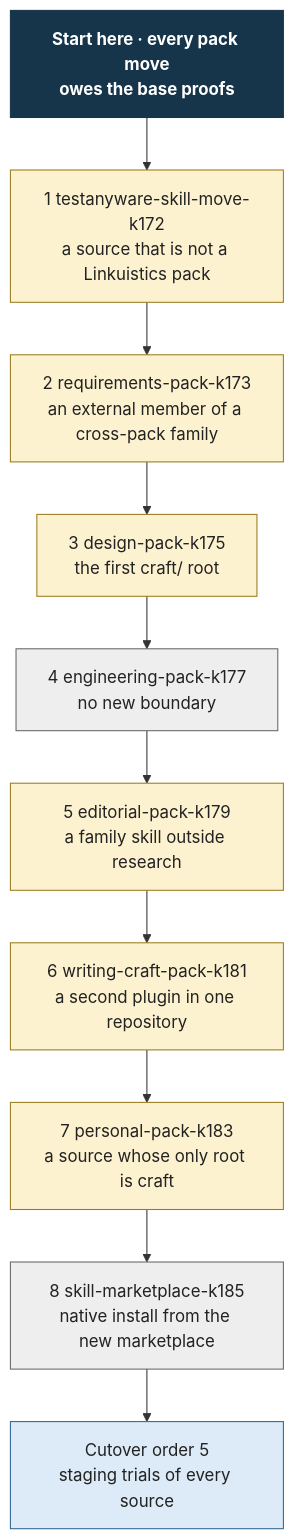
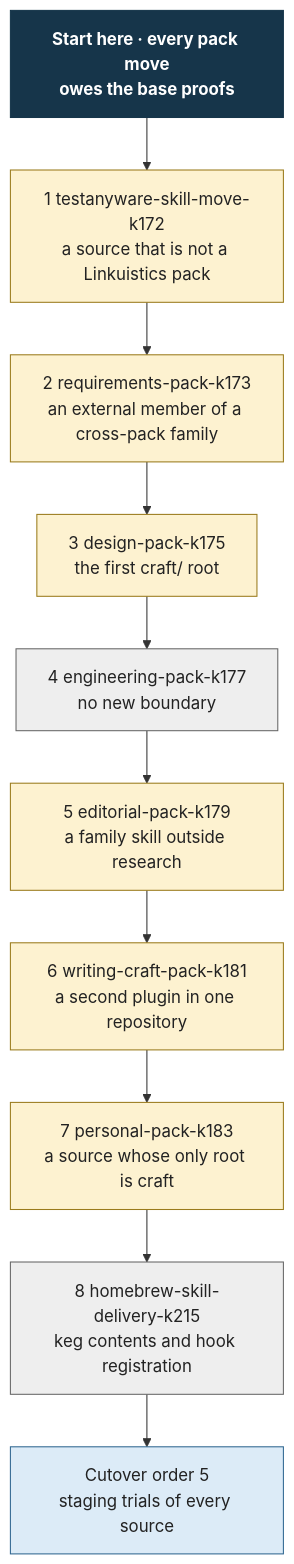
One commit to Linkuistics/grove changed the diagram in docs/design/external-pack-contract/membership-boundaries.mmd. Above: the diagram before and after it, drawn with Mermaid. The commit also changed 44 other files, not shown here.

First line of the commit message:
Design Homebrew skill delivery (homebrew-delivery-design-k216)

```diff
--- a/docs/design/external-pack-contract/membership-boundaries.mmd
+++ b/docs/design/external-pack-contract/membership-boundaries.mmd
@@ -1,20 +1,20 @@
 flowchart TB
     S["Start here · every pack move<br/>owes the base proofs"]
     K172["1 testanyware-skill-move-k172<br/>a source that is not a Linkuistics pack"]
     K173["2 requirements-pack-k173<br/>an external member of a cross-pack family"]
     K175["3 design-pack-k175<br/>the first craft/ root"]
     K177["4 engineering-pack-k177<br/>no new boundary"]
     K179["5 editorial-pack-k179<br/>a family skill outside research"]
     K181["6 writing-craft-pack-k181<br/>a second plugin in one repository"]
     K183["7 personal-pack-k183<br/>a source whose only root is craft"]
-    K185["8 skill-marketplace-k185<br/>native install from the new marketplace"]
+    K185["8 homebrew-skill-delivery-k215<br/>keg contents and hook registration"]
     ST["Cutover order 5<br/>staging trials of every source"]
     S --> K172 --> K173 --> K175 --> K177 --> K179 --> K181 --> K183 --> K185 --> ST
     classDef start fill:#16354a,color:#fff,stroke:#16354a,font-weight:bold
     classDef trial fill:#fdf2d0,stroke:#9a7b1c,color:#222
     classDef base fill:#eeeeee,stroke:#666,color:#222
     classDef stage fill:#dcebf7,stroke:#2f6690,color:#222
     class S start
     class K172,K173,K175,K179,K181,K183 trial
     class K177,K185 base
     class ST stage
```
